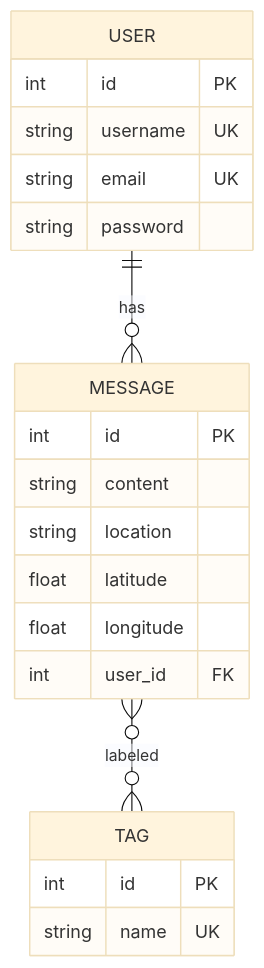
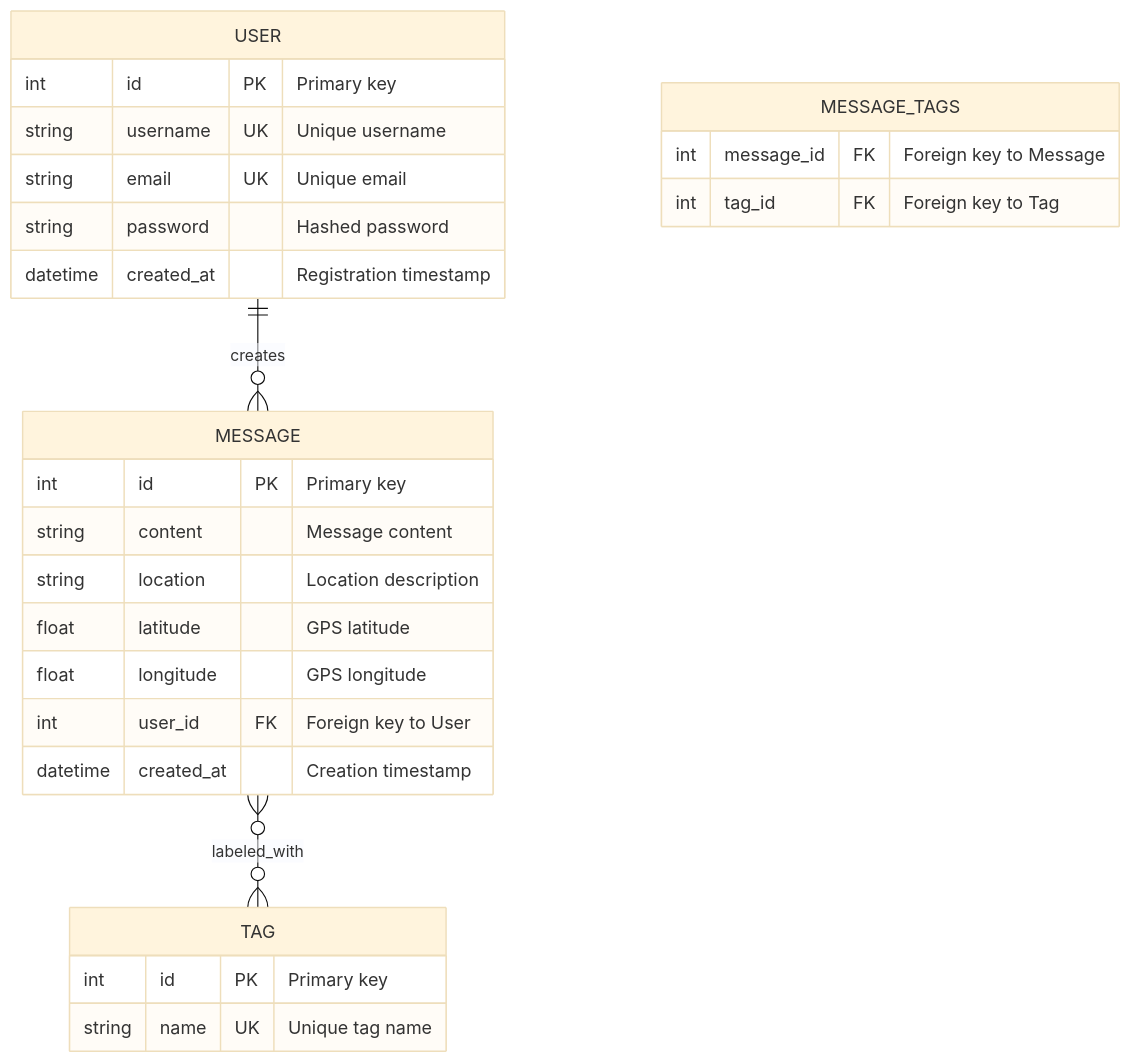
Before and after one commit to nasa-city-planning-engine/GreenGrowth_Fullstack: the second of 3 diagrams in GreenGrowth_Backend/docs/GreenGrowth_Backend_Documentation.md, drawn with Mermaid (base theme). The commit also changed other lines of this file and 52 other files, not shown here.

````diff
--- a/GreenGrowth_Backend/docs/GreenGrowth_Backend_Documentation.md
+++ b/GreenGrowth_Backend/docs/GreenGrowth_Backend_Documentation.md
@@ -79,23 +193,29 @@
 ```mermaid
 erDiagram
-    USER ||--o{ MESSAGE : has
-    MESSAGE }o--o{ TAG : labeled
+    USER ||--o{ MESSAGE : creates
+    MESSAGE }o--o{ TAG : labeled_with
     USER {
-        int id PK
-        string username UK
-        string email UK
-        string password
+        int id PK "Primary key"
+        string username UK "Unique username"
+        string email UK "Unique email"
+        string password "Hashed password"
+        datetime created_at "Registration timestamp"
     }
     MESSAGE {
-        int id PK
-        string content
-        string location
-        float latitude
-        float longitude
-        int user_id FK
+        int id PK "Primary key"
+        string content "Message content"
+        string location "Location description"
+        float latitude "GPS latitude"
+        float longitude "GPS longitude"
+        int user_id FK "Foreign key to User"
+        datetime created_at "Creation timestamp"
     }
     TAG {
-        int id PK
-        string name UK
+        int id PK "Primary key"
+        string name UK "Unique tag name"
+    }
+    MESSAGE_TAGS {
+        int message_id FK "Foreign key to Message"
+        int tag_id FK "Foreign key to Tag"
     }
 ```
````
